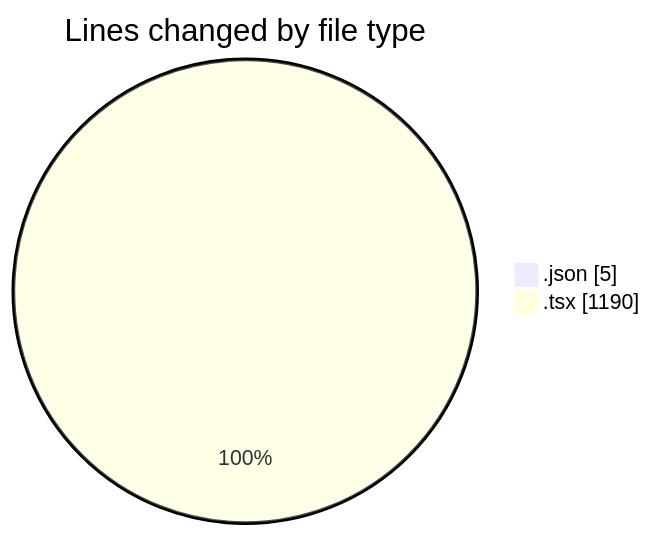
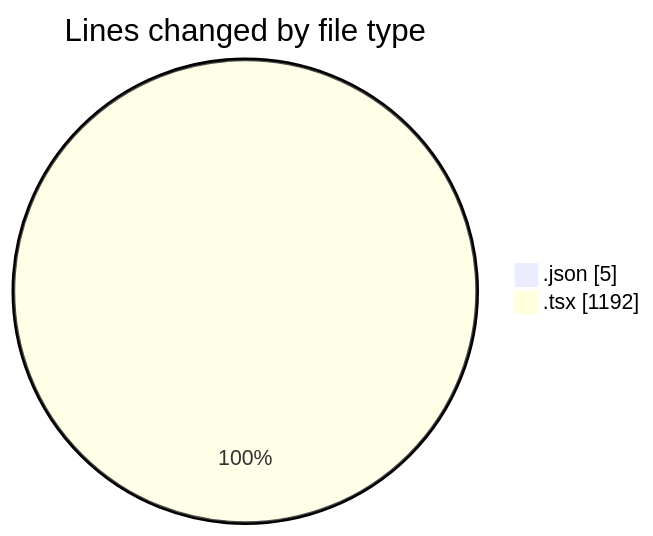
One commit to Elitesun/code-tracking changed the first of 2 diagrams in 2025-04-26/product-page/README.md. Above: the diagram before and after it, drawn with Mermaid. The commit also changed other lines of this file and 1 other file, not shown here.

````diff
--- a/2025-04-26/product-page/README.md
+++ b/2025-04-26/product-page/README.md
@@ -33,6 +33,6 @@
 ```mermaid
 pie showData
 title Lines changed by file type
 ".json" : 5
-".tsx" : 1190
+".tsx" : 1192
 ```
````
